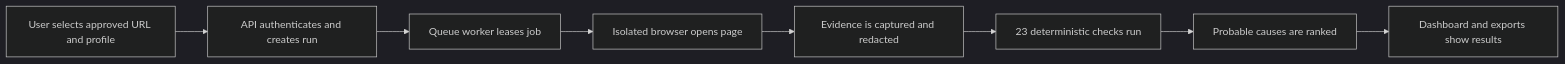
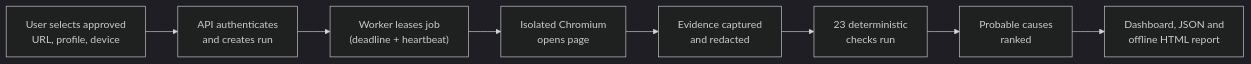
One commit to chetanya1998/VDO.ai-Automated-Player-Testing-APT--Tool changed the second of 13 diagrams in README.md. Above: the diagram before and after it, drawn with Mermaid (dark theme). The commit also changed other lines of this file, not shown here.

First line of the commit message:
Update README for two-application architecture with diagrams

````diff
--- a/README.md
+++ b/README.md
@@ -39,10 +125,10 @@
 ```mermaid
 flowchart LR
-    A[User selects approved URL and profile] --> B[API authenticates and creates run]
-    B --> C[Queue worker leases job]
-    C --> D[Isolated browser opens page]
-    D --> E[Evidence is captured and redacted]
-    E --> F[23 deterministic checks run]
-    F --> G[Probable causes are ranked]
-    G --> H[Dashboard and exports show results]
+    A["User selects approved<br/>URL, profile, device"] --> B["API authenticates<br/>and creates run"]
+    B --> C["Worker leases job<br/>(deadline + heartbeat)"]
+    C --> D["Isolated Chromium<br/>opens page"]
+    D --> E["Evidence captured<br/>and redacted"]
+    E --> F["23 deterministic<br/>checks run"]
+    F --> G["Probable causes<br/>ranked"]
+    G --> H["Dashboard, JSON and<br/>offline HTML report"]
 ```
````
